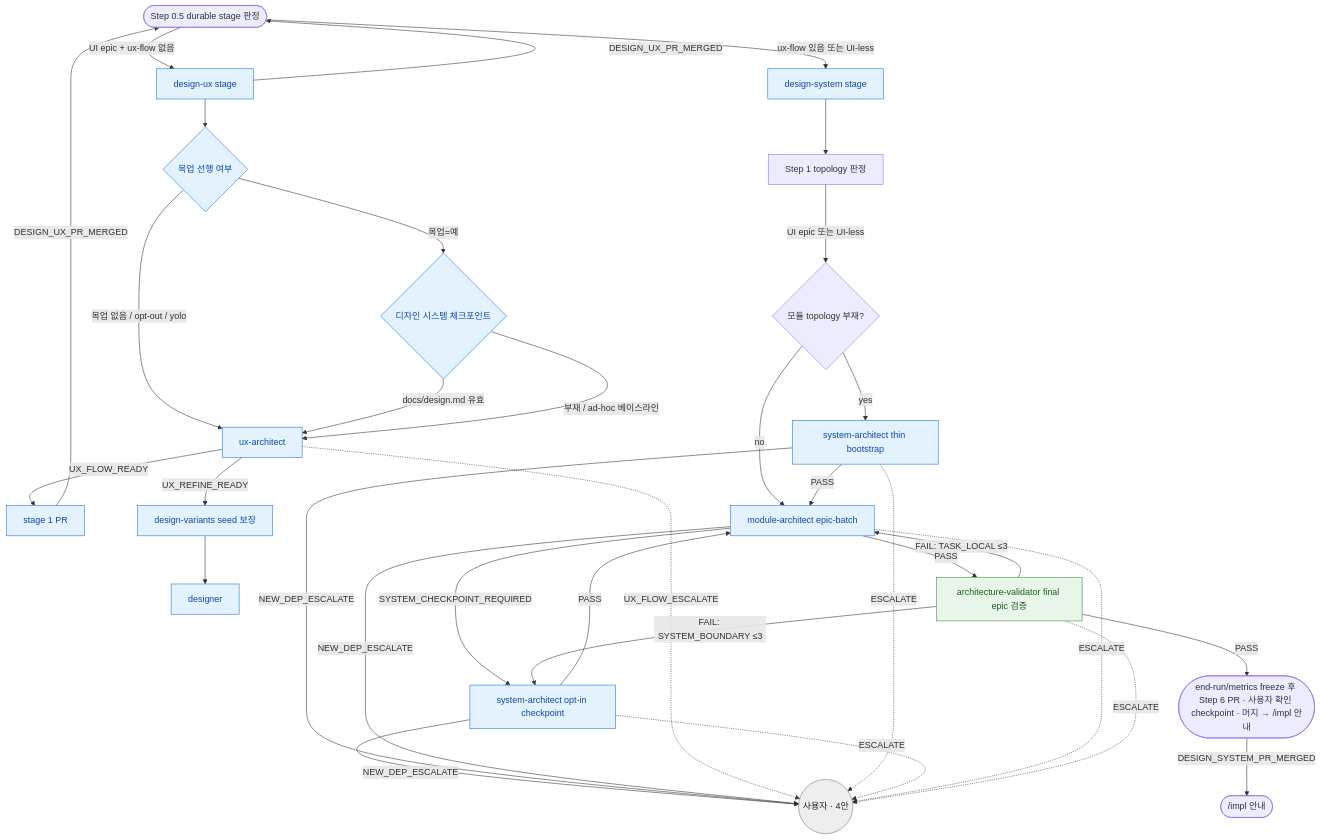
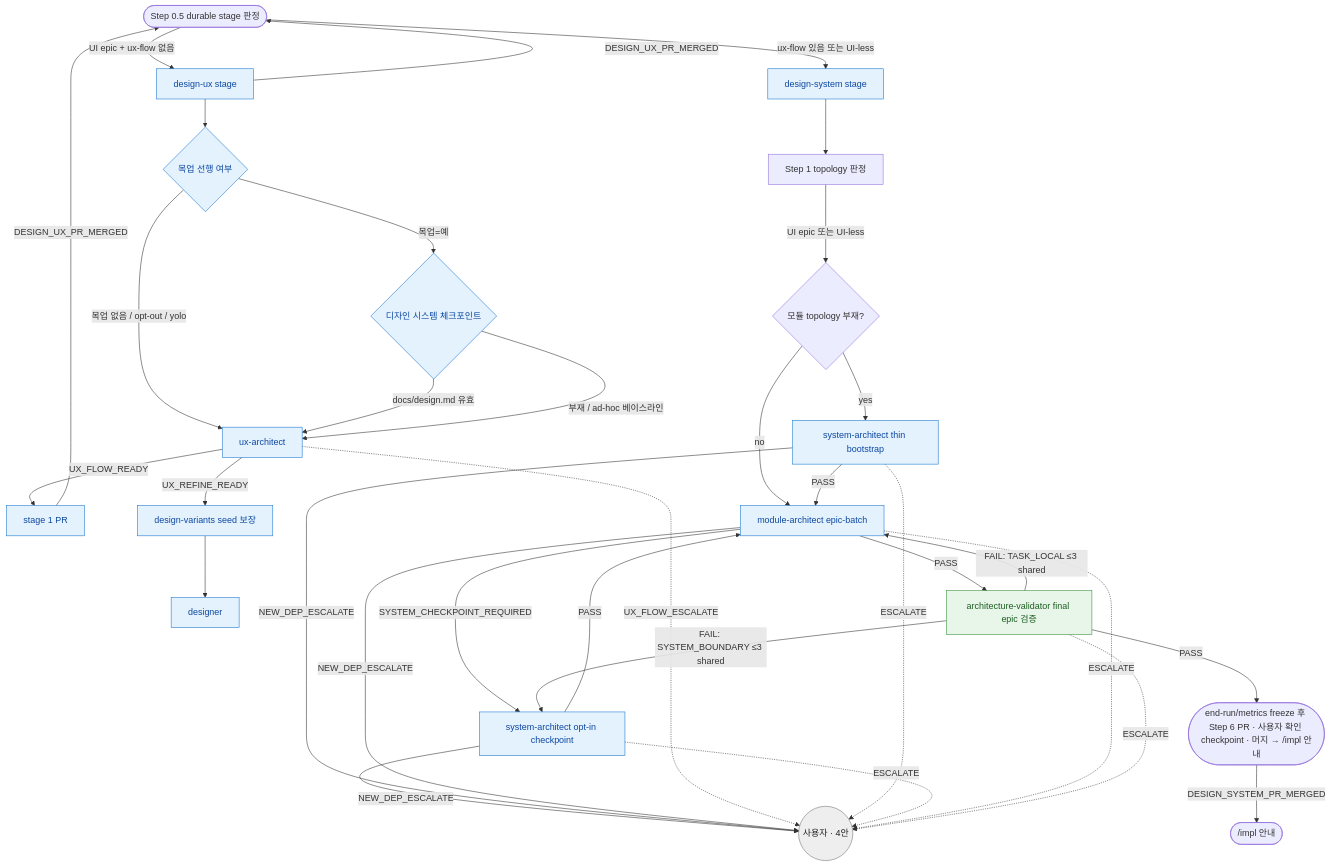
One commit to Daeguk-Sun/dcNess changed the diagram in skills/design/design-routing.md. Above: the diagram before and after it, drawn with Mermaid. The commit also changed other lines of this file and 6 other files, not shown here.

````diff
--- a/skills/design/design-routing.md
+++ b/skills/design/design-routing.md
@@ -15,42 +15,42 @@
 ```mermaid
 flowchart TB
   START([Step 0.5 durable stage 판정]) -->|UI epic + ux-flow 없음| DUX[design-ux stage]
   START -->|ux-flow 있음 또는 UI-less| DSYS[design-system stage]
   DUX -->|DESIGN_UX_PR_MERGED| START
   DSYS --> TOPO[Step 1 topology 판정]
   TOPO -->|UI epic 또는 UI-less| BOOT{모듈 topology 부재?}
   DUX --> MU{목업 선행 여부}
   MU -->|목업 없음 / opt-out / yolo| UX[ux-architect]
   MU -->|목업=예| DSKIP{디자인 시스템 체크포인트}
   DSKIP -->|docs/design.md 유효| UX
   DSKIP -->|부재 / ad-hoc 베이스라인| UX
   UX -->|UX_FLOW_READY| UXPR[stage 1 PR]
   UXPR -->|DESIGN_UX_PR_MERGED| START
   UX -->|UX_REFINE_READY| SEED[design-variants seed 보장]
   SEED --> DS[designer]
   BOOT -->|yes| SA_BOOT[system-architect thin bootstrap]
   BOOT -->|no| MA_BATCH[module-architect epic-batch]
   SA_BOOT -->|PASS| MA_BATCH
   MA_BATCH -->|PASS| AV_FINAL[architecture-validator final epic 검증]
   MA_BATCH -->|SYSTEM_CHECKPOINT_REQUIRED| SA_CHECK[system-architect opt-in checkpoint]
   SA_CHECK -->|PASS| MA_BATCH
   AV_FINAL -->|PASS| M([end-run/metrics freeze 후 Step 6 PR · 사용자 확인 checkpoint · 머지 → /impl 안내])
   M -->|DESIGN_SYSTEM_PR_MERGED| DONE([/impl 안내])
-  AV_FINAL -->|"FAIL: SYSTEM_BOUNDARY ≤3"| SA_CHECK
-  AV_FINAL -->|"FAIL: TASK_LOCAL ≤3"| MA_BATCH
+  AV_FINAL -->|"FAIL: SYSTEM_BOUNDARY ≤3 shared"| SA_CHECK
+  AV_FINAL -->|"FAIL: TASK_LOCAL ≤3 shared"| MA_BATCH
   SA_CHECK -->|NEW_DEP_ESCALATE| U((사용자 · 4안))
   SA_BOOT -->|NEW_DEP_ESCALATE| U
   MA_BATCH -->|NEW_DEP_ESCALATE| U
   UX -.->|UX_FLOW_ESCALATE| U
   SA_BOOT -.->|ESCALATE| U
   SA_CHECK -.->|ESCALATE| U
   MA_BATCH -.->|ESCALATE| U
   AV_FINAL -.->|ESCALATE| U
 
   classDef produce fill:#e3f2fd,stroke:#1976d2,color:#0d47a1
   classDef verify fill:#e8f5e9,stroke:#388e3c,color:#1b5e20
   classDef user fill:#eeeeee,stroke:#757575,color:#212121
   class DUX,DSYS,UX,UXPR,SA_BOOT,SA_CHECK,DS,MA_BATCH,SEED,MU,DSKIP produce
   class AV_FINAL verify
   class U user
 ```
````
